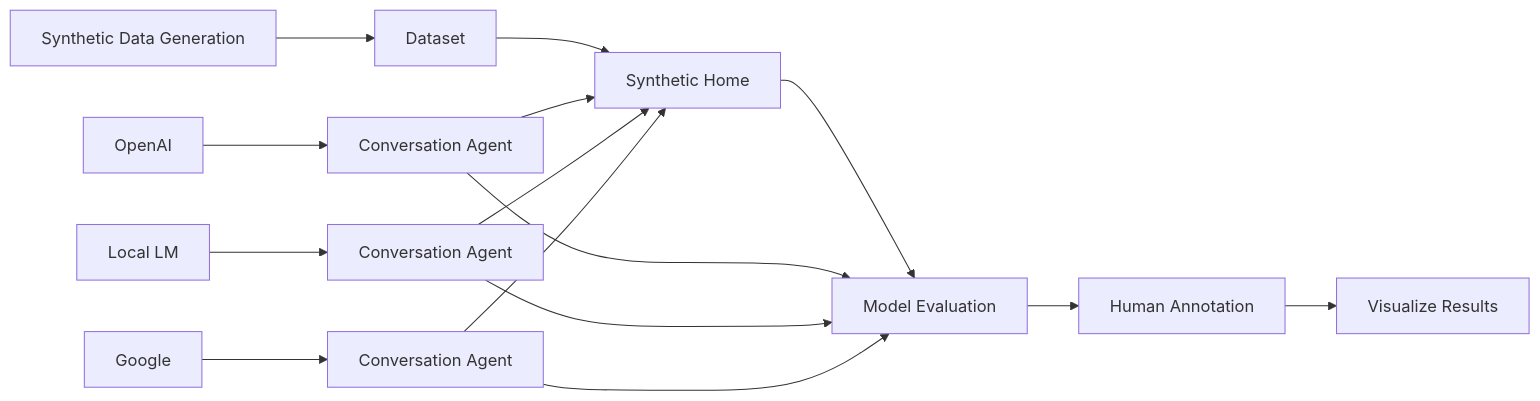
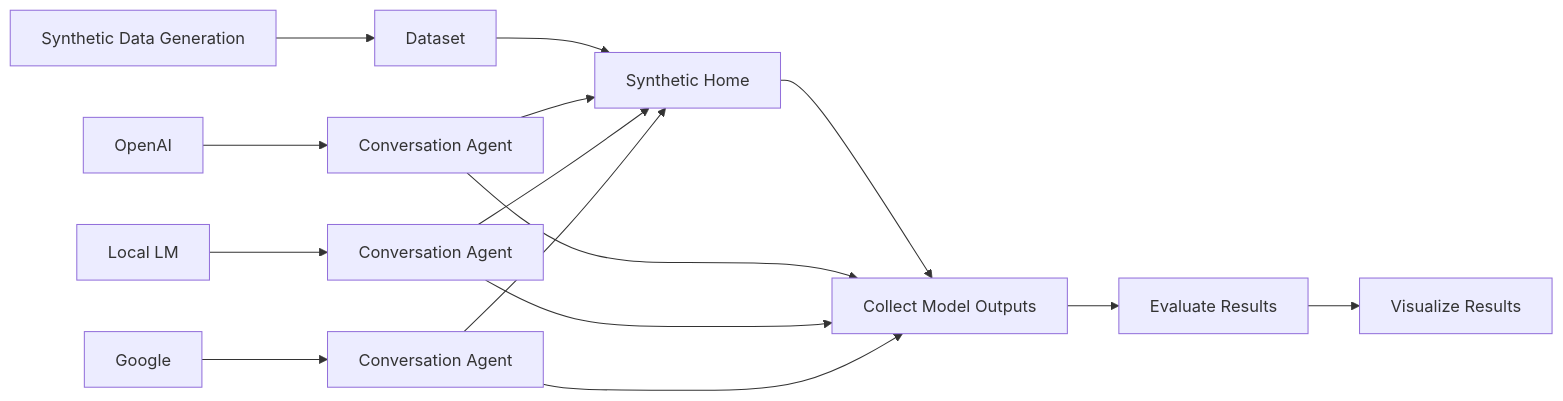
Before and after one commit to allenporter/home-assistant-datasets: the first of 2 diagrams in README.md, drawn with Mermaid. The commit also changed other lines of this file, not shown here.

````diff
--- a/README.md
+++ b/README.md
@@ -12,36 +12,36 @@
 ```mermaid
 graph LR;
     A[Synthetic Data Generation]
     B[Dataset]
-    C[Model Evaluation]
+    C[Collect Model Outputs]
     D[Synthetic Home]
-    F[Human Annotation]
+    F[Evaluate Results]
     G[Visualize Results]
 
     H[OpenAI]
     I[Conversation Agent]
 
     J[Local LM]
     K[Conversation Agent]
 
     L[Google]
     M[Conversation Agent]
 
     A --> B
     B --> D
     D --> C
     C --> F
     F --> G
 
     H --> I
     J --> K
     L --> M
 
     I --> C
     K --> C
     M --> C
 
     I --> D
     K --> D
     M --> D
 ```
````
